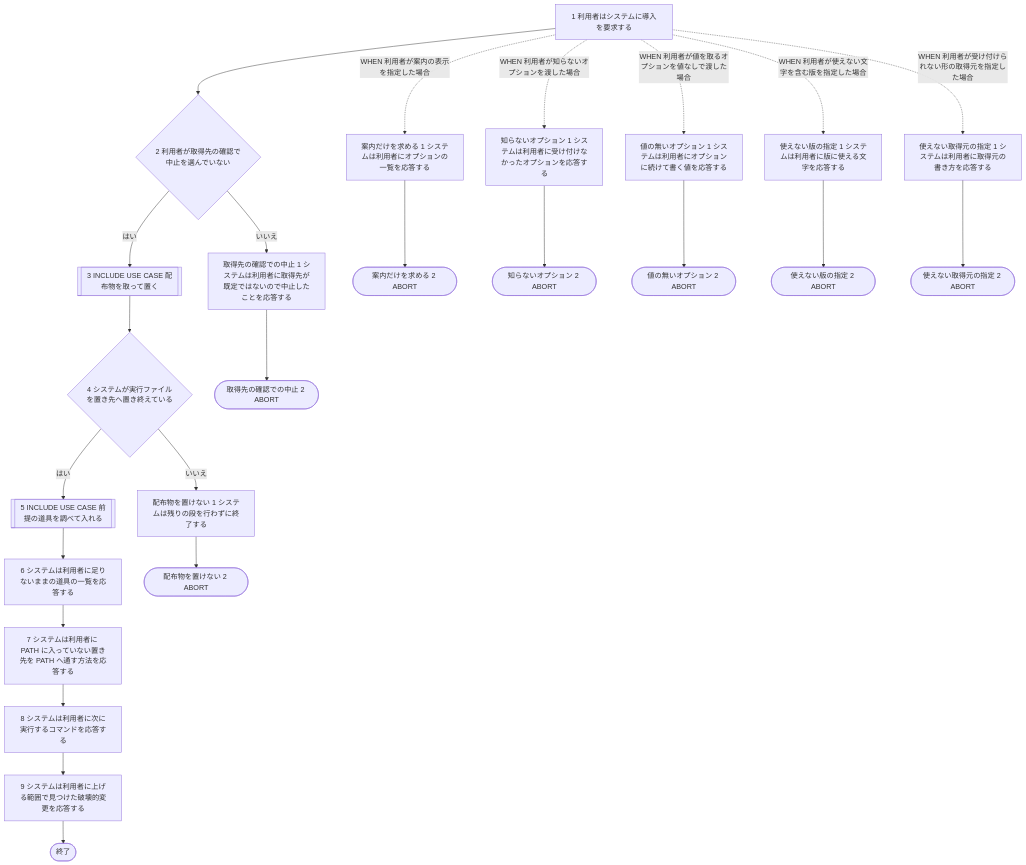
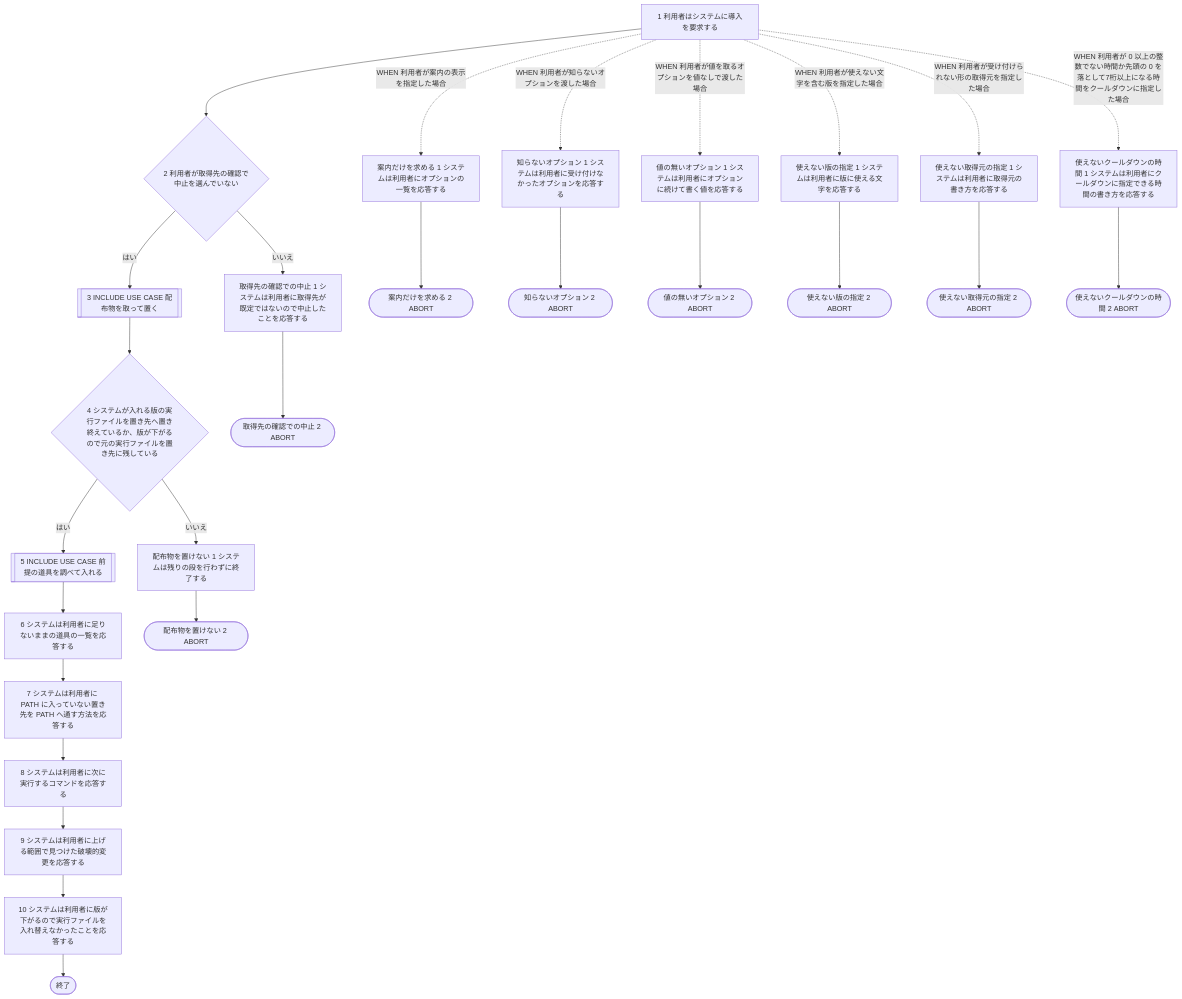
The first of 2 diagrams in docs/spec/usecases/particular_case/continuoを入れる.rucm.md (maimuzo/continuo), drawn with Mermaid before and after one commit. The commit also changed other lines of this file and 12 other files, not shown here.

````diff
--- a/docs/spec/usecases/particular_case/continuoを入れる.rucm.md
+++ b/docs/spec/usecases/particular_case/continuoを入れる.rucm.md
@@ -140,49 +153,55 @@
 ```mermaid
 flowchart TD
     BS1["1 利用者はシステムに導入を要求する"]
     BS2{"2 利用者が取得先の確認で中止を選んでいない"}
     BS3[["3 INCLUDE USE CASE 配布物を取って置く"]]
-    BS4{"4 システムが実行ファイルを置き先へ置き終えている"}
+    BS4{"4 システムが入れる版の実行ファイルを置き先へ置き終えているか、版が下がるので元の実行ファイルを置き先に残している"}
     BS5[["5 INCLUDE USE CASE 前提の道具を調べて入れる"]]
     BS6["6 システムは利用者に足りないままの道具の一覧を応答する"]
     BS7["7 システムは利用者に PATH に入っていない置き先を PATH へ通す方法を応答する"]
     BS8["8 システムは利用者に次に実行するコマンドを応答する"]
     BS9["9 システムは利用者に上げる範囲で見つけた破壊的変更を応答する"]
+    BS10["10 システムは利用者に版が下がるので実行ファイルを入れ替えなかったことを応答する"]
     A1S1["取得先の確認での中止 1 システムは利用者に取得先が既定ではないので中止したことを応答する"]
     A1S2(["取得先の確認での中止 2 ABORT"])
     A2S1["配布物を置けない 1 システムは残りの段を行わずに終了する"]
     A2S2(["配布物を置けない 2 ABORT"])
     A3S1["案内だけを求める 1 システムは利用者にオプションの一覧を応答する"]
     A3S2(["案内だけを求める 2 ABORT"])
     A4S1["知らないオプション 1 システムは利用者に受け付けなかったオプションを応答する"]
     A4S2(["知らないオプション 2 ABORT"])
     A5S1["値の無いオプション 1 システムは利用者にオプションに続けて書く値を応答する"]
     A5S2(["値の無いオプション 2 ABORT"])
     A6S1["使えない版の指定 1 システムは利用者に版に使える文字を応答する"]
     A6S2(["使えない版の指定 2 ABORT"])
     A7S1["使えない取得元の指定 1 システムは利用者に取得元の書き方を応答する"]
     A7S2(["使えない取得元の指定 2 ABORT"])
+    A8S1["使えないクールダウンの時間 1 システムは利用者にクールダウンに指定できる時間の書き方を応答する"]
+    A8S2(["使えないクールダウンの時間 2 ABORT"])
     BS1 --> BS2
     BS1 -. "WHEN 利用者が案内の表示を指定した場合" .-> A3S1
     BS1 -. "WHEN 利用者が知らないオプションを渡した場合" .-> A4S1
     BS1 -. "WHEN 利用者が値を取るオプションを値なしで渡した場合" .-> A5S1
     BS1 -. "WHEN 利用者が使えない文字を含む版を指定した場合" .-> A6S1
     BS1 -. "WHEN 利用者が受け付けられない形の取得元を指定した場合" .-> A7S1
+    BS1 -. "WHEN 利用者が 0 以上の整数でない時間か先頭の 0 を落として7桁以上になる時間をクールダウンに指定した場合" .-> A8S1
     BS2 -- はい --> BS3
     BS2 -- いいえ --> A1S1
     BS3 --> BS4
     BS4 -- はい --> BS5
     BS4 -- いいえ --> A2S1
     BS5 --> BS6
     BS6 --> BS7
     BS7 --> BS8
     BS8 --> BS9
+    BS9 --> BS10
     A1S1 --> A1S2
     A2S1 --> A2S2
     A3S1 --> A3S2
     A4S1 --> A4S2
     A5S1 --> A5S2
     A6S1 --> A6S2
     A7S1 --> A7S2
-    BS9 --> END(["終了"])
+    A8S1 --> A8S2
+    BS10 --> END(["終了"])
 ```
````
